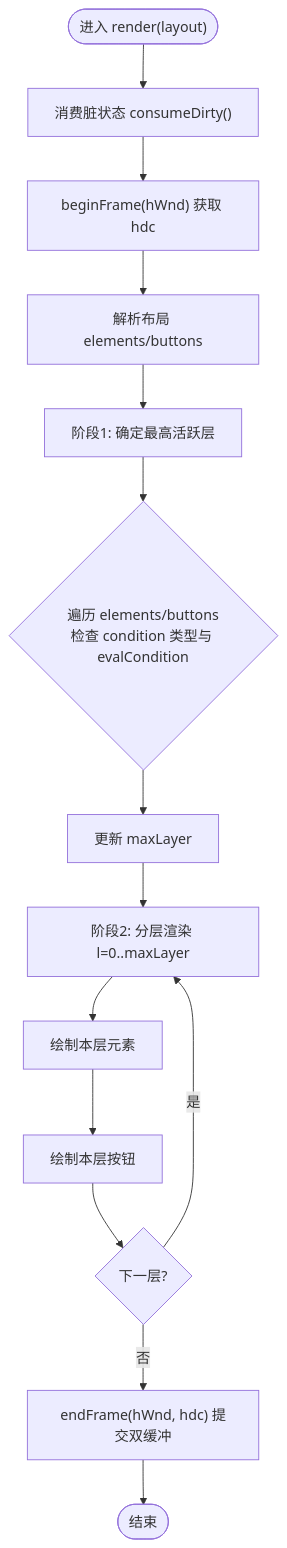
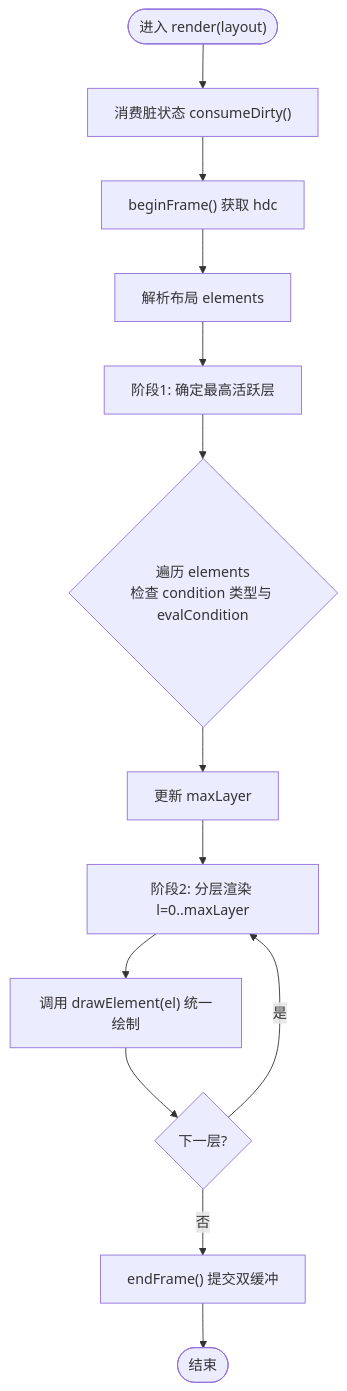
The fourth of 7 diagrams in .qoder/repowiki/zh/content/渲染系统实现/渲染器架构设计.md (xingye00186/PUI), drawn with Mermaid before and after one commit. The commit also changed other lines of this file and 10 other files, not shown here.

````diff
--- a/.qoder/repowiki/zh/content/渲染系统实现/渲染器架构设计.md
+++ b/.qoder/repowiki/zh/content/渲染系统实现/渲染器架构设计.md
@@ -244,16 +245,15 @@
 ```mermaid
 flowchart TD
 Start(["进入 render(layout)"]) --> Consume["消费脏状态 consumeDirty()"]
-Consume --> Begin["beginFrame(hWnd) 获取 hdc"]
-Begin --> Parse["解析布局 elements/buttons"]
+Consume --> Begin["beginFrame() 获取 hdc"]
+Begin --> Parse["解析布局 elements"]
 Parse --> Phase1["阶段1: 确定最高活跃层"]
-Phase1 --> MaxLayer{"遍历 elements/buttons<br/>检查 condition 类型与 evalCondition"}
+Phase1 --> MaxLayer{"遍历 elements<br/>检查 condition 类型与 evalCondition"}
 MaxLayer --> SetMax["更新 maxLayer"]
 SetMax --> Phase2["阶段2: 分层渲染 l=0..maxLayer"]
-Phase2 --> DrawEls["绘制本层元素"]
-DrawEls --> DrawBtns["绘制本层按钮"]
-DrawBtns --> NextLayer{"下一层?"}
+Phase2 --> DrawEls["调用 drawElement(el) 统一绘制"]
+DrawEls --> NextLayer{"下一层?"}
 NextLayer --> |是| Phase2
-NextLayer --> |否| EndFrame["endFrame(hWnd, hdc) 提交双缓冲"]
+NextLayer --> |否| EndFrame["endFrame() 提交双缓冲"]
 EndFrame --> End(["结束"])
 ```
````
